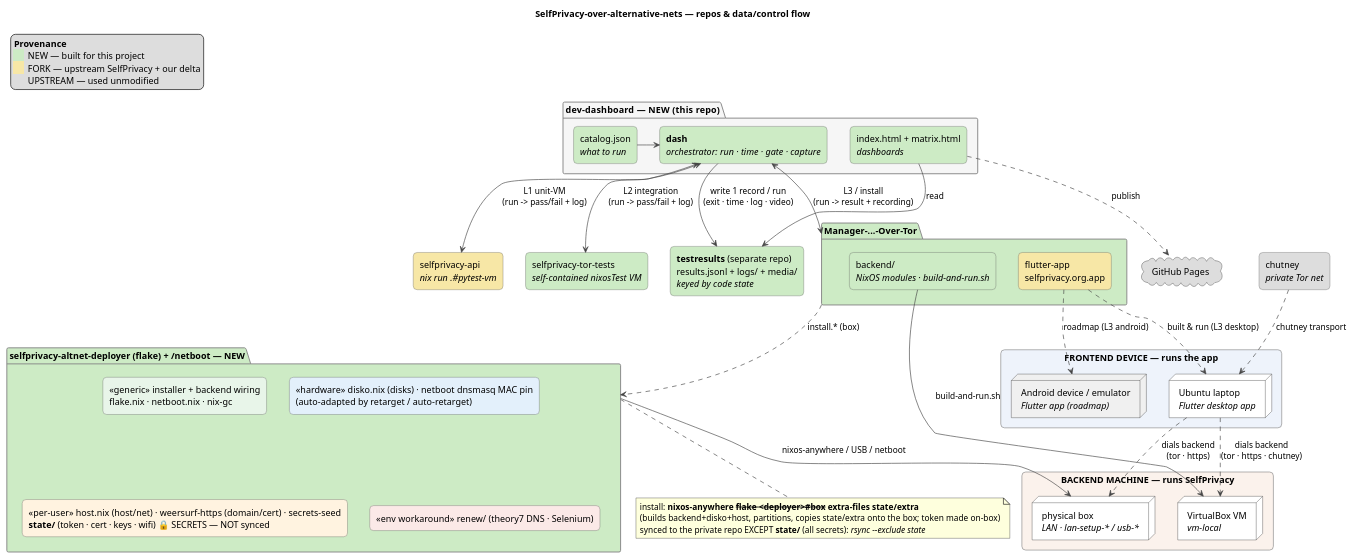
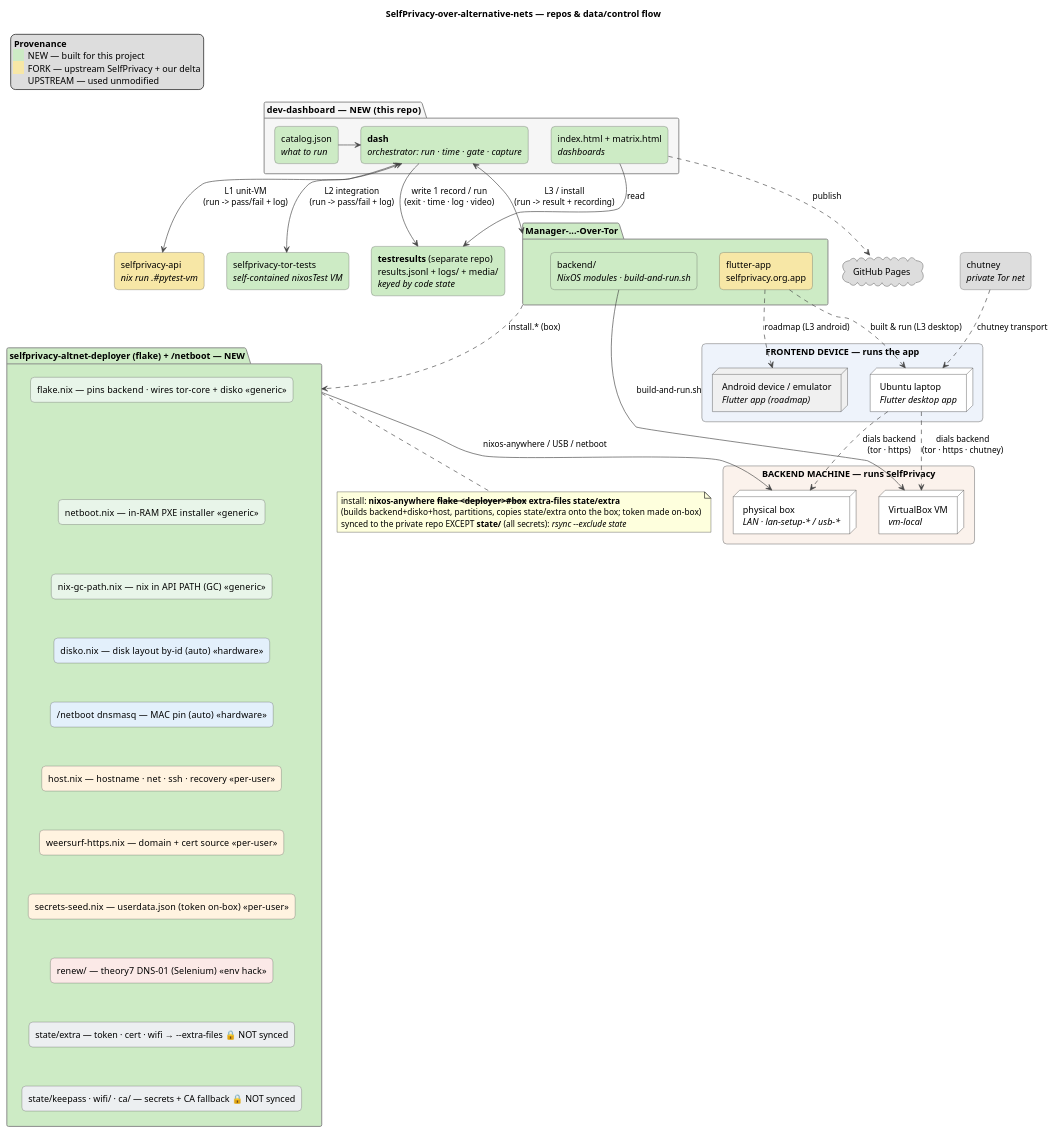
One commit to selfprivacy-over-alternative-nets/dev-dashboard changed the diagram in docs/architecture.puml. Above: the diagram before and after it, drawn with PlantUML. The commit also changed 1 other file, not shown here.

Commit message:
diagram: render the deployer as a vertical 'skyscraper' — one floor per file, colour-banded by varies-by
Each element is its own floor, stacked top→bottom, coloured by what it varies by (green generic →
blue hardware/auto → amber per-user → red env hack → grey state/secrets NOT synced). Hidden edges
force the vertical stack.

```diff
--- a/docs/architecture.puml
+++ b/docs/architecture.puml
@@ -1,87 +1,107 @@
 @startuml architecture
 ' SelfPrivacy-over-alternative-nets — repos and how they connect.
 ' Rendered deterministically to architecture.svg by docs/render-diagrams.sh (pinned plantuml).
 title SelfPrivacy-over-alternative-nets — repos & data/control flow
 
 skinparam shadowing false
 skinparam defaultFontName Helvetica
 skinparam ArrowColor #444444
 skinparam rectangle {
   BorderColor #555555
   roundCorner 12
 }
 skinparam package {
   BorderColor #888888
   BackgroundColor #F6F6F6
 }
 
 legend top left
 <b>Provenance</b>
 <back:#CDEBC5>    </back>  NEW — built for this project
 <back:#F7E7A6>    </back>  FORK — upstream SelfPrivacy + our delta
 <back:#DDDDDD>    </back>  UPSTREAM — used unmodified
 endlegend
 
 package "dev-dashboard  —  NEW (this repo)" {
   rectangle "catalog.json\n<i>what to run</i>" as cat #CDEBC5
   rectangle "<b>dash</b>\n<i>orchestrator: run · time · gate · capture</i>" as dash #CDEBC5
   rectangle "index.html + matrix.html\n<i>dashboards</i>" as ui #CDEBC5
 }
 
 rectangle "<b>testresults</b> (separate repo)\nresults.jsonl + logs/ + media/\n<i>keyed by code state</i>" as tr #CDEBC5
 cloud "GitHub Pages" as pages #DDDDDD
 
 cat -right-> dash
 dash --> tr : write 1 record / run\n(exit · time · log · video)
 ui --> tr : read
 ui ..> pages : publish
 
 package "Manager-...-Over-Tor" as mgr #CDEBC5 {
   rectangle "backend/\n<i>NixOS modules · build-and-run.sh</i>" as backend #CDEBC5
   rectangle "flutter-app\nselfprivacy.org.app" as app #F7E7A6
 }
 rectangle "selfprivacy-api\n<i>nix run .#pytest-vm</i>" as api #F7E7A6
 rectangle "selfprivacy-tor-tests\n<i>self-contained nixosTest VM</i>" as tests #CDEBC5
 
 ' dev-dashboard RUNS each target and CAPTURES its result (exit/log/video) → then writes the record.
 dash <--> api    : L1 unit-VM\n(run -> pass/fail + log)
 dash <--> tests  : L2 integration\n(run -> pass/fail + log)
 dash <--> mgr    : L3 / install\n(run -> result + recording)
 
 ' The deployer, expanded by what each piece VARIES BY (ordered generic → hardware → per-user → env):
 ' generic = reusable as-is; hardware = auto-adapted per device; per-user = inputs per install;
 ' env = environment-specific workaround. Scaling = shrink everything below «generic» to auto/inputs.
+' A vertically-stacked "skyscraper": one FLOOR per element, top→bottom, colour-banded by what it
+' VARIES BY (green=generic/reusable · blue=hardware/auto · amber=per-user/input · red=env hack ·
+' grey=state/secrets, NOT synced). Hidden edges force the vertical stack.
 package "selfprivacy-altnet-deployer (flake) + ~/netboot — NEW" as deploy #CDEBC5 {
-  rectangle "«generic» installer + backend wiring\nflake.nix · netboot.nix · nix-gc" as d_gen #E8F5E9
-  rectangle "«hardware» disko.nix (disks) · netboot dnsmasq MAC pin\n(auto-adapted by retarget / auto-retarget)" as d_hw #E3F0FB
-  rectangle "«per-user» host.nix (host/net) · weersurf-https (domain/cert) · secrets-seed\n<b>state/</b> (token · cert · keys · wifi)  🔒 SECRETS — NOT synced" as d_user #FFF3E0
-  rectangle "«env workaround» renew/ (theory7 DNS · Selenium)" as d_env #FBE9E7
+  rectangle "flake.nix — pins backend · wires tor-core + disko   «generic»" as f1 #E8F5E9
+  rectangle "netboot.nix — in-RAM PXE installer   «generic»" as f2 #E8F5E9
+  rectangle "nix-gc-path.nix — nix in API PATH (GC)   «generic»" as f3 #E8F5E9
+  rectangle "disko.nix — disk layout by-id (auto)   «hardware»" as f4 #E3F0FB
+  rectangle "~/netboot dnsmasq — MAC pin (auto)   «hardware»" as f5 #E3F0FB
+  rectangle "host.nix — hostname · net · ssh · recovery   «per-user»" as f6 #FFF3E0
+  rectangle "weersurf-https.nix — domain + cert source   «per-user»" as f7 #FFF3E0
+  rectangle "secrets-seed.nix — userdata.json (token on-box)   «per-user»" as f8 #FFF3E0
+  rectangle "renew/ — theory7 DNS-01 (Selenium)   «env hack»" as f9 #FBE9E7
+  rectangle "state/extra — token · cert · wifi → --extra-files   🔒 NOT synced" as f10 #ECEFF1
+  rectangle "state/keepass · wifi/ · ca/ — secrets + CA fallback   🔒 NOT synced" as f11 #ECEFF1
+  f1 -[hidden]down-> f2
+  f2 -[hidden]down-> f3
+  f3 -[hidden]down-> f4
+  f4 -[hidden]down-> f5
+  f5 -[hidden]down-> f6
+  f6 -[hidden]down-> f7
+  f7 -[hidden]down-> f8
+  f8 -[hidden]down-> f9
+  f9 -[hidden]down-> f10
+  f10 -[hidden]down-> f11
 }
 note bottom of deploy
   install: <b>nixos-anywhere --flake <deployer>#box --extra-files state/extra</b>
   (builds backend+disko+host, partitions, copies state/extra onto the box; token made on-box)
   synced to the private repo EXCEPT <b>state/</b> (all secrets): <i>rsync --exclude state</i>
 end note
 rectangle "chutney\n<i>private Tor net</i>" as chut #DDDDDD
 
 ' The app (a repo) is BUILT and RUN on a FRONTEND DEVICE — kept distinct from the BACKEND MACHINE
 ' that runs SelfPrivacy. L3 pairs one of each; the app dials the backend over a transport.
 rectangle "FRONTEND DEVICE — runs the app" as FE #EEF3FB {
   node "Ubuntu laptop\n<i>Flutter desktop app</i>" as fedesk #FFFFFF
   node "Android device / emulator\n<i>Flutter app (roadmap)</i>" as feandroid #F0F0F0
 }
 rectangle "BACKEND MACHINE — runs SelfPrivacy" as BE #FBF2EC {
   node "VirtualBox VM\n<i>vm-local</i>" as vm #FFFFFF
   node "physical box\n<i>LAN · lan-setup-* / usb-*</i>" as box #FFFFFF
 }
 
 app ..> fedesk    : built & run (L3 desktop)
 app ..> feandroid : roadmap (L3 android)
 backend --> vm    : build-and-run.sh
 deploy  --> box   : nixos-anywhere / USB / netboot
 mgr     ..> deploy : install.* (box)
 fedesk ..> vm     : dials backend\n(tor · https · chutney)
 fedesk ..> box    : dials backend\n(tor · https)
 chut ..> fedesk   : chutney transport
 
 @enduml
```
